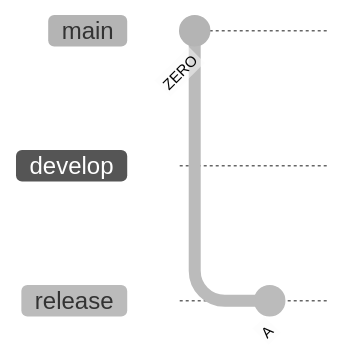
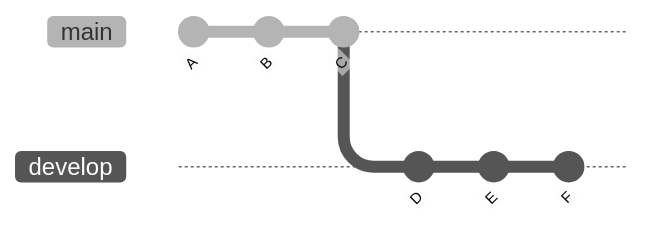
The diagram in docs/02_branches.md (td-github-training/td-github-training.github.io), drawn with Mermaid (neutral theme) before and after one commit. The commit also changed 1 other file, not shown here.

Commit message:
Initial update

````diff
--- a/docs/02_branches.md
+++ b/docs/02_branches.md
@@ -9,7 +9,10 @@
 ```mermaid
     gitGraph
-        commit id: "ZERO"
+        commit id: "A"
+        commit id: "B"
+        commit id: "C"
         branch develop
-        branch release
-        commit id:"A"
+        commit id:"D"
+        commit id:"E"
+        commit id:"F"
 ```
````
